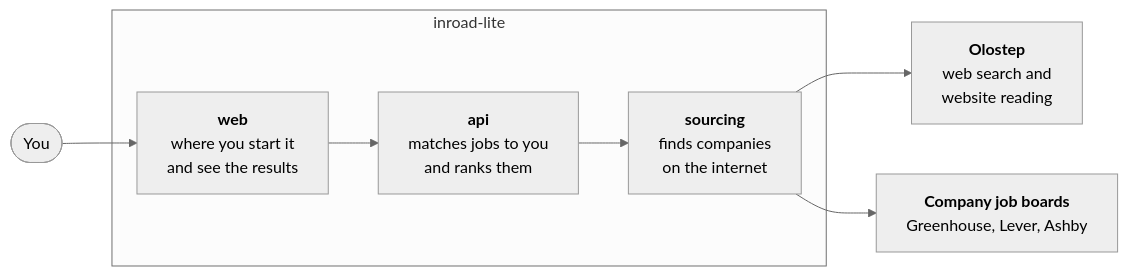
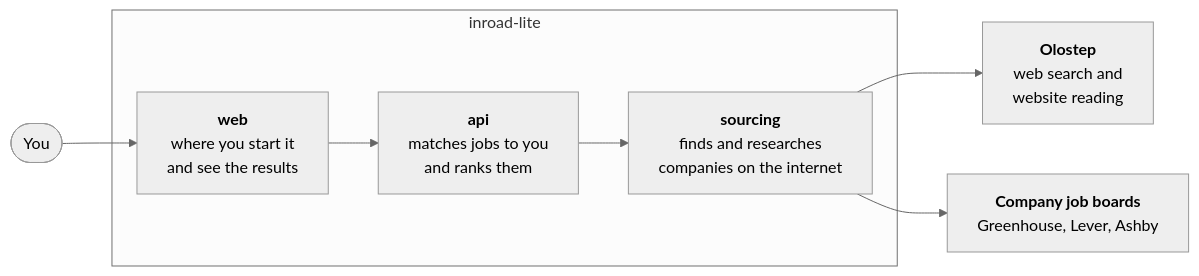
Before and after one commit to alishair7071/inroad-lite: the first of 4 diagrams in README.md, drawn with Mermaid (neutral theme). The commit also changed other lines of this file, not shown here.

Commit message:
added diagram

````diff
--- a/README.md
+++ b/README.md
@@ -39,15 +39,15 @@
 ```mermaid
 flowchart LR
     you(["You"])
     subgraph lite["inroad-lite"]
         web["<b>web</b><br/>where you start it<br/>and see the results"]
         api["<b>api</b><br/>matches jobs to you<br/>and ranks them"]
-        sourcing["<b>sourcing</b><br/>finds companies<br/>on the internet"]
+        sourcing["<b>sourcing</b><br/>finds and researches<br/>companies on the internet"]
     end
     olostep["<b>Olostep</b><br/>web search and<br/>website reading"]
     boards["<b>Company job boards</b><br/>Greenhouse, Lever, Ashby"]
 
     you --> web --> api --> sourcing
     sourcing --> olostep
     sourcing --> boards
 ```
````
